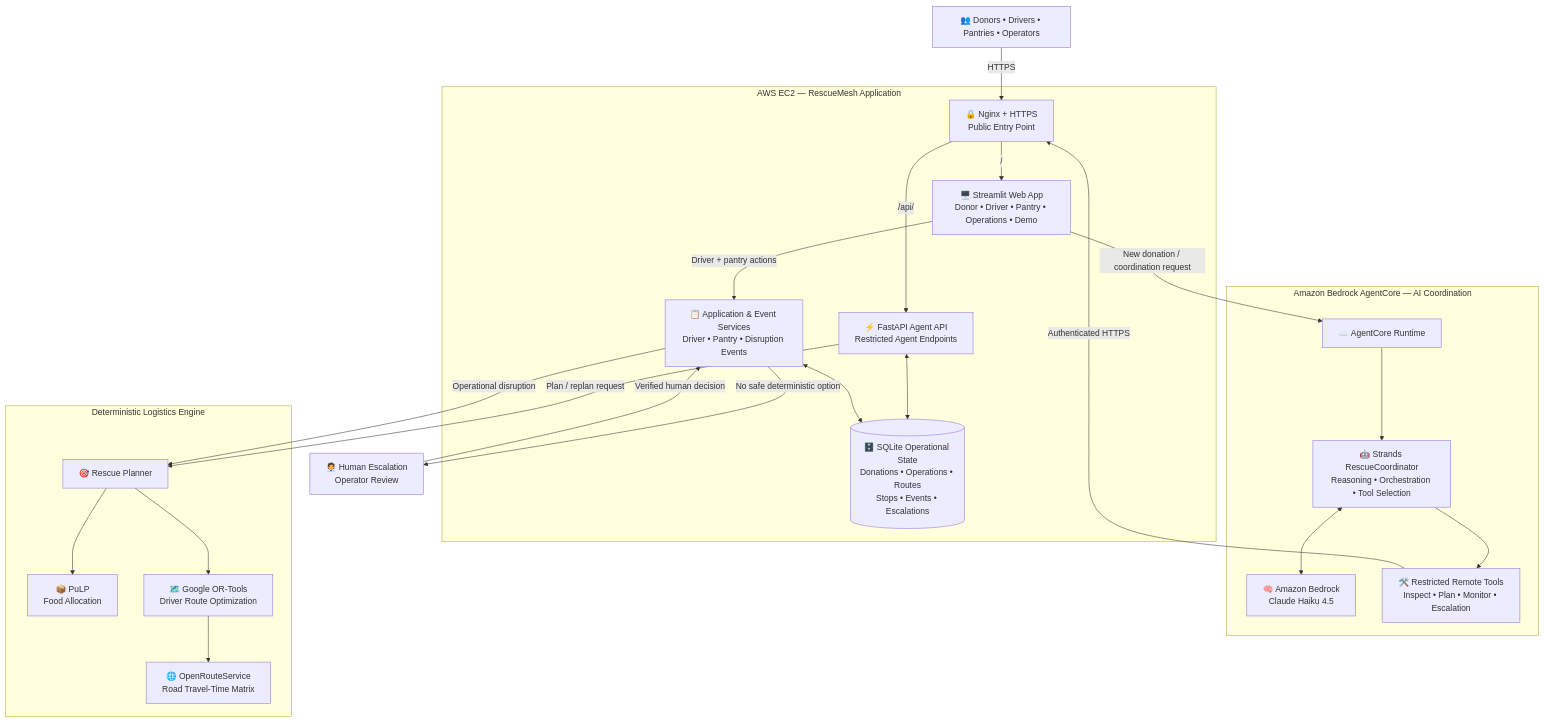
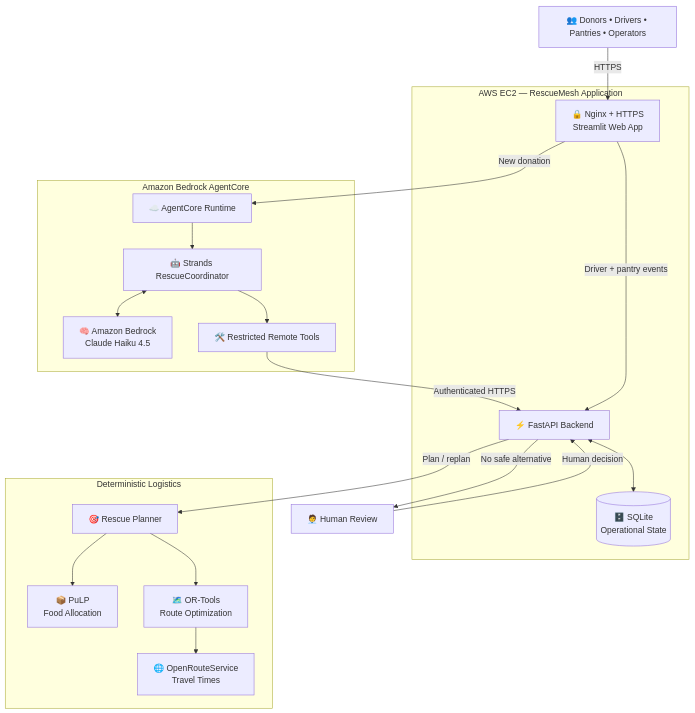
Before and after one commit to maithili74/rescuemesh: the diagram in README.md, drawn with Mermaid. The commit also changed other lines of this file, not shown here.

````diff
--- a/README.md
+++ b/README.md
@@ -248,130 +158,50 @@
 ```mermaid
 flowchart TB
 
-    %% =========================
-    %% USERS
-    %% =========================
+    U["👥 Donors • Drivers • Pantries • Operators"]
 
-    USERS["👥 Donors • Drivers • Pantries • Operators"]
-
-
-    %% =========================
-    %% APPLICATION
-    %% =========================
-
-    subgraph EC2["AWS EC2 — RescueMesh Application"]
-
-        NGINX["🔒 Nginx + HTTPS<br/>Public Entry Point"]
-
-        UI["🖥️ Streamlit Web App<br/>Donor • Driver • Pantry • Operations • Demo"]
-
-        EVENTS["📋 Application & Event Services<br/>Driver • Pantry • Disruption Events"]
-
-        API["⚡ FastAPI Agent API<br/>Restricted Agent Endpoints"]
-
-        DB[("🗄️ SQLite Operational State<br/>Donations • Operations • Routes<br/>Stops • Events • Escalations")]
-
+    subgraph APP["AWS EC2 — RescueMesh Application"]
+        W["🔒 Nginx + HTTPS<br/>Streamlit Web App"]
+        F["⚡ FastAPI Backend"]
+        D[("🗄️ SQLite<br/>Operational State")]
     end
 
-
-    %% =========================
-    %% AGENTIC AI
-    %% =========================
-
-    subgraph AGENTCORE["Amazon Bedrock AgentCore — AI Coordination"]
-
-        RUNTIME["☁️ AgentCore Runtime"]
-
-        AGENT["🤖 Strands RescueCoordinator<br/>Reasoning • Orchestration • Tool Selection"]
-
-        MODEL["🧠 Amazon Bedrock<br/>Claude Haiku 4.5"]
-
-        TOOLS["🛠️ Restricted Remote Tools<br/>Inspect • Plan • Monitor • Escalation"]
-
+    subgraph AI["Amazon Bedrock AgentCore"]
+        A["☁️ AgentCore Runtime"]
+        S["🤖 Strands RescueCoordinator"]
+        B["🧠 Amazon Bedrock<br/>Claude Haiku 4.5"]
+        T["🛠️ Restricted Remote Tools"]
     end
 
-
-    %% =========================
-    %% DETERMINISTIC LOGISTICS
-    %% =========================
-
-    subgraph LOGISTICS["Deterministic Logistics Engine"]
-
-        PLANNER["🎯 Rescue Planner"]
-
-        PULP["📦 PuLP<br/>Food Allocation"]
-
-        ORTOOLS["🗺️ Google OR-Tools<br/>Driver Route Optimization"]
-
-        ORS["🌐 OpenRouteService<br/>Road Travel-Time Matrix"]
-
+    subgraph LOGIC["Deterministic Logistics"]
+        P["🎯 Rescue Planner"]
+        L["📦 PuLP<br/>Food Allocation"]
+        R["🗺️ OR-Tools<br/>Route Optimization"]
+        O["🌐 OpenRouteService<br/>Travel Times"]
     end
 
+    H["🧑‍💼 Human Review"]
 
-    %% =========================
-    %% HUMAN OVERSIGHT
-    %% =========================
+    U -->|"HTTPS"| W
 
-    HUMAN["🧑‍💼 Human Escalation<br/>Operator Review"]
+    W -->|"New donation"| A
 
+    A --> S
+    S <--> B
+    S --> T
 
-    %% =========================
-    %% USER ENTRY
-    %% =========================
+    T -->|"Authenticated HTTPS"| F
 
-    USERS -->|"HTTPS"| NGINX
+    F <--> D
 
-    NGINX -->|"/"| UI
+    F -->|"Plan / replan"| P
 
-    NGINX -->|"/api/"| API
+    P --> L
+    P --> R
+    R --> O
 
+    W -->|"Driver + pantry events"| F
 
-    %% =========================
-    %% AI COORDINATION PATH
-    %% =========================
-
-    UI -->|"New donation / coordination request"| RUNTIME
-
-    RUNTIME --> AGENT
-
-    AGENT <--> MODEL
-
-    AGENT --> TOOLS
-
-    TOOLS -->|"Authenticated HTTPS"| NGINX
-
-
-    %% =========================
-    %% OPERATIONAL STATE
-    %% =========================
-
-    API <--> DB
-
-    UI -->|"Driver + pantry actions"| EVENTS
-
-    EVENTS <--> DB
-
-
-    %% =========================
-    %% DETERMINISTIC PLANNING
-    %% =========================
-
-    API -->|"Plan / replan request"| PLANNER
-
-    EVENTS -->|"Operational disruption"| PLANNER
-
-    PLANNER --> PULP
-
-    PLANNER --> ORTOOLS
-
-    ORTOOLS --> ORS
-
-
-    %% =========================
-    %% HUMAN CONTROL
-    %% =========================
-
-    EVENTS -->|"No safe deterministic option"| HUMAN
-
-    HUMAN -->|"Verified human decision"| EVENTS
+    F -->|"No safe alternative"| H
+    H -->|"Human decision"| F
 ```
````
